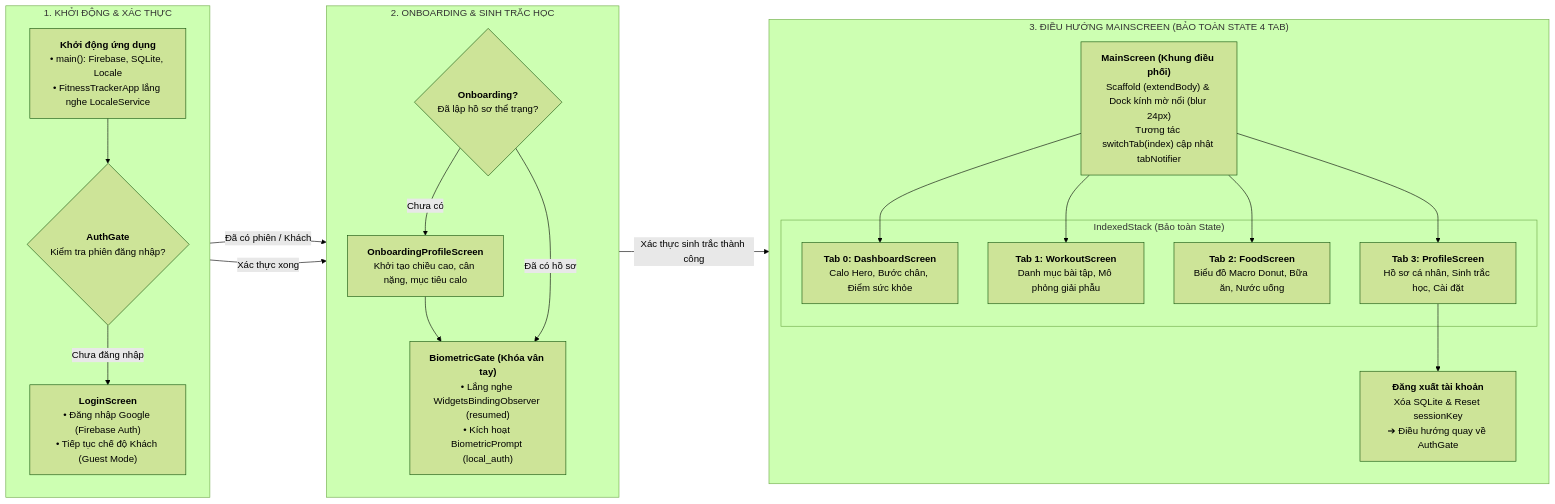
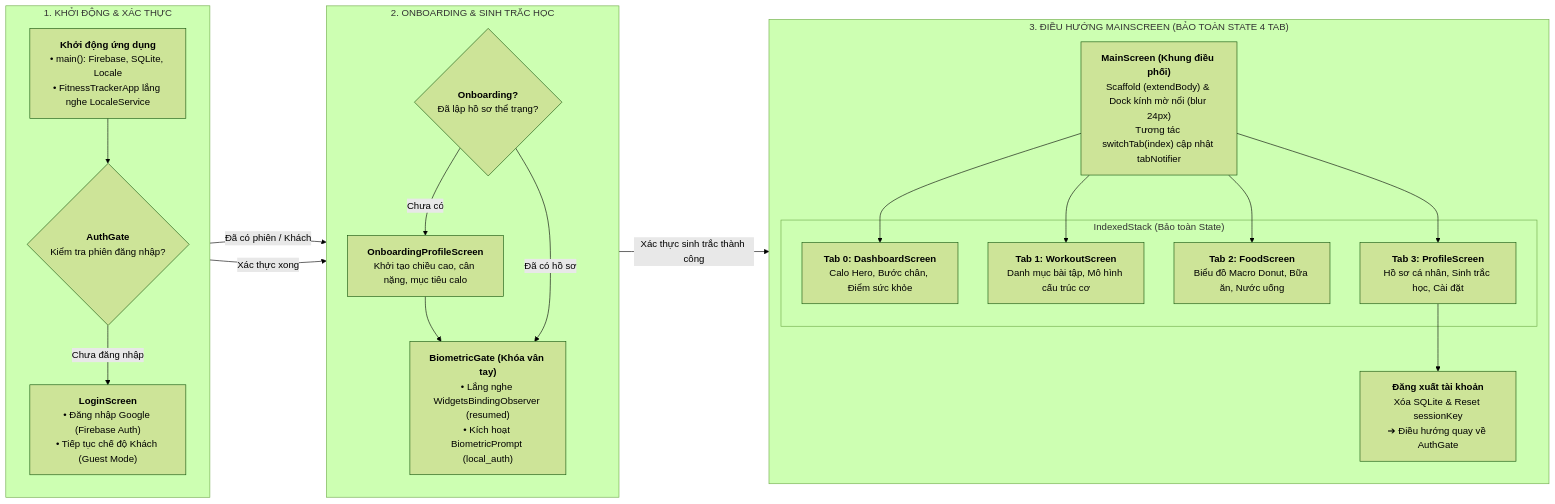
One commit to CuongHayHo/fitness_app changed the diagram in docs/report/mermaid/luong-dieu-huong.mmd. Above: the diagram before and after it, drawn with Mermaid (forest theme). The commit also changed 12 other files, not shown here.

```diff
--- a/docs/report/mermaid/luong-dieu-huong.mmd
+++ b/docs/report/mermaid/luong-dieu-huong.mmd
@@ -1,43 +1,43 @@
 flowchart LR
     subgraph AuthSection ["1. KHỞI ĐỘNG & XÁC THỰC"]
         direction TB
         Start["<b>Khởi động ứng dụng</b><br/>• main(): Firebase, SQLite, Locale<br/>• FitnessTrackerApp lắng nghe LocaleService"]
         AuthGate{"<b>AuthGate</b><br/>Kiểm tra phiên đăng nhập?"}
         Login["<b>LoginScreen</b><br/>• Đăng nhập Google (Firebase Auth)<br/>• Tiếp tục chế độ Khách (Guest Mode)"]
         Start --> AuthGate
         AuthGate -->|Chưa đăng nhập| Login
     end
 
     subgraph SecuritySection ["2. ONBOARDING & SINH TRẮC HỌC"]
         direction TB
         CheckOnboard{"<b>Onboarding?</b><br/>Đã lập hồ sơ thể trạng?"}
         OnboardScreen["<b>OnboardingProfileScreen</b><br/>Khởi tạo chiều cao, cân nặng, mục tiêu calo"]
         BioGate["<b>BiometricGate (Khóa vân tay)</b><br/>• Lắng nghe WidgetsBindingObserver (resumed)<br/>• Kích hoạt BiometricPrompt (local_auth)"]
         CheckOnboard -->|Chưa có| OnboardScreen
         OnboardScreen --> BioGate
         CheckOnboard -->|Đã có hồ sơ| BioGate
     end
 
     subgraph MainSection ["3. ĐIỀU HƯỚNG MAINSCREEN (BẢO TOÀN STATE 4 TAB)"]
         direction TB
         MainCoordinator["<b>MainScreen (Khung điều phối)</b><br/>Scaffold (extendBody) & Dock kính mờ nổi (blur 24px)<br/>Tương tác switchTab(index) cập nhật tabNotifier"]
         
         subgraph TabsGrid ["IndexedStack (Bảo toàn State)"]
             Tab0["<b>Tab 0: DashboardScreen</b><br/>Calo Hero, Bước chân, Điểm sức khỏe"]
-            Tab1["<b>Tab 1: WorkoutScreen</b><br/>Danh mục bài tập, Mô phỏng giải phẫu"]
+            Tab1["<b>Tab 1: WorkoutScreen</b><br/>Danh mục bài tập, Mô hình cấu trúc cơ"]
             Tab2["<b>Tab 2: FoodScreen</b><br/>Biểu đồ Macro Donut, Bữa ăn, Nước uống"]
             Tab3["<b>Tab 3: ProfileScreen</b><br/>Hồ sơ cá nhân, Sinh trắc học, Cài đặt"]
         end
 
         Logout["<b>Đăng xuất tài khoản</b><br/>Xóa SQLite & Reset sessionKey<br/>➔ Điều hướng quay về AuthGate"]
 
         MainCoordinator --> Tab0
         MainCoordinator --> Tab1
         MainCoordinator --> Tab2
         MainCoordinator --> Tab3
         Tab3 --> Logout
     end
 
     AuthGate -->|Đã có phiên / Khách| CheckOnboard
     Login -->|Xác thực xong| CheckOnboard
     BioGate -->|Xác thực sinh trắc thành công| MainCoordinator
```
